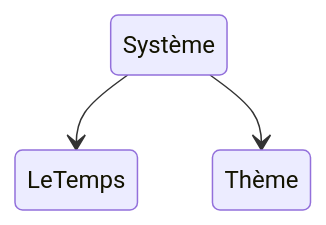
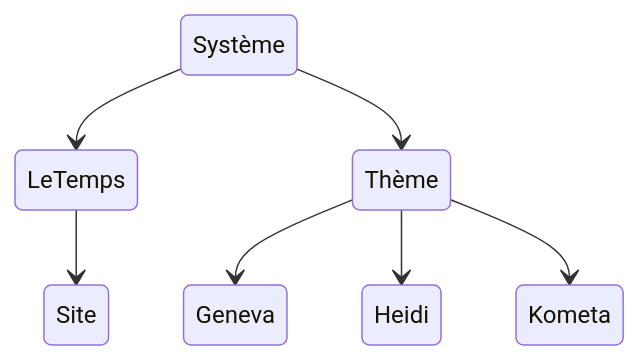
One commit to noesya/dslt changed the diagram in content/dslt/system/_index.md. Above: the diagram before and after it, drawn with Mermaid. The commit also changed 3 other files, not shown here.

Commit message:
added schema

````diff
--- a/content/dslt/system/_index.md
+++ b/content/dslt/system/_index.md
@@ -9,5 +9,9 @@
 ```mermaid
 stateDiagram-v2
     Système --> LeTemps
     Système --> Thème
+    Thème --> Geneva
+    Thème --> Heidi
+    Thème --> Kometa
+    LeTemps --> Site
 ```
````
